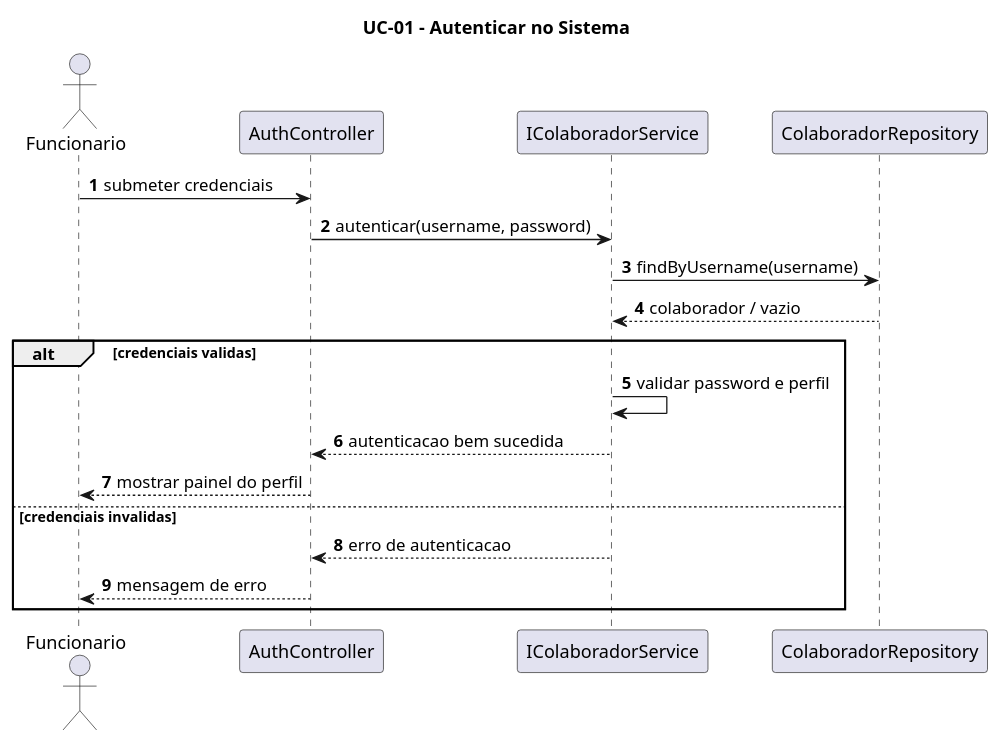
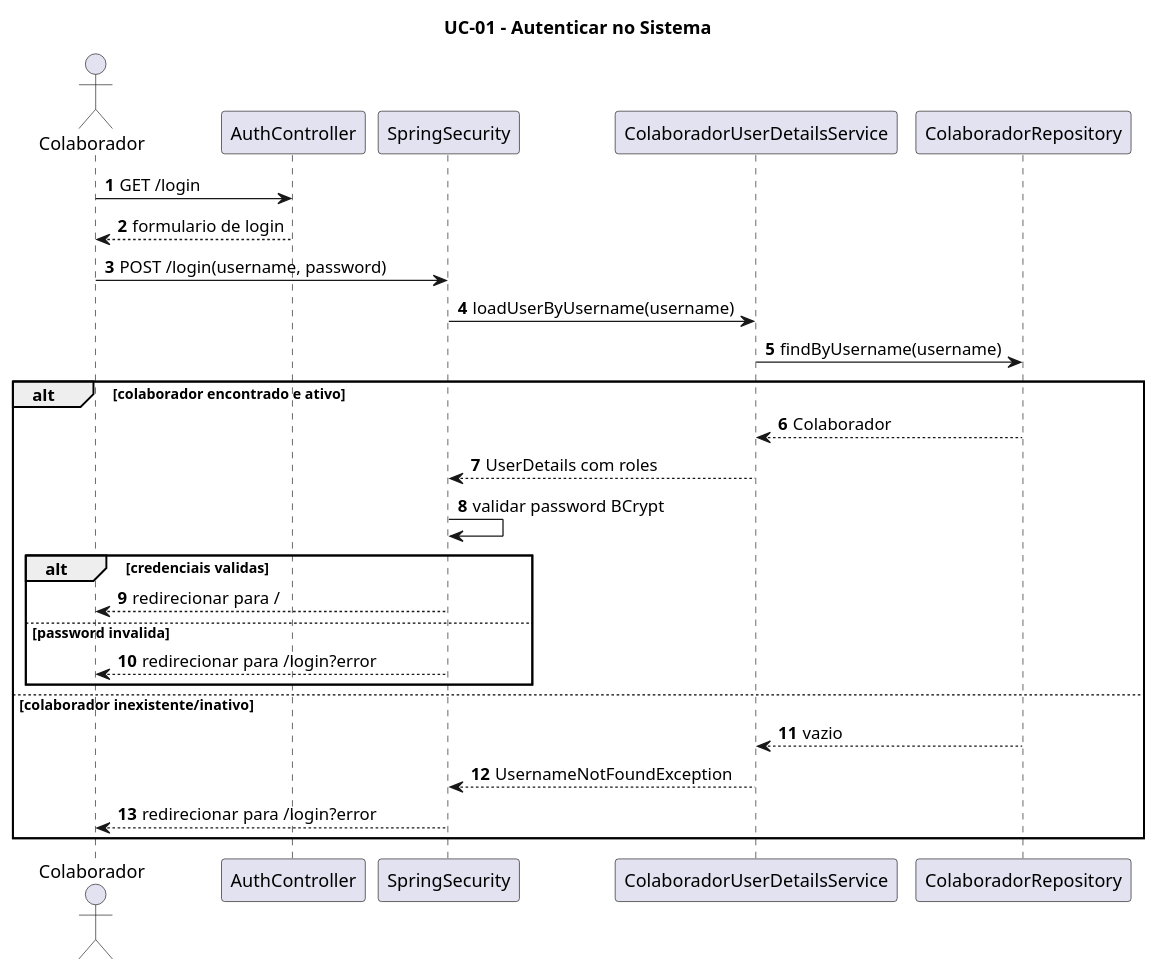
The diagram in docs/Etapa2/03-seq-diagrams/UC-01.puml (beatriz0freitas/LI4-G08), drawn with PlantUML before and after one commit. The commit also changed 50 other files, not shown here.

Commit message:
fix: adaptacao e melhroia de use case, diagramas de sequencia e requsiitos

```diff
--- a/docs/Etapa2/03-seq-diagrams/UC-01.puml
+++ b/docs/Etapa2/03-seq-diagrams/UC-01.puml
@@ -1,24 +1,32 @@
 @startuml UC-01
 title UC-01 - Autenticar no Sistema
 
 autonumber
-actor Funcionario
+actor Colaborador
 participant AuthController
-participant IColaboradorService
+participant SpringSecurity
+participant ColaboradorUserDetailsService
 participant ColaboradorRepository
 
-Funcionario -> AuthController : submeter credenciais
-AuthController -> IColaboradorService : autenticar(username, password)
-IColaboradorService -> ColaboradorRepository : findByUsername(username)
-ColaboradorRepository --> IColaboradorService : colaborador / vazio
+Colaborador -> AuthController : GET /login
+AuthController --> Colaborador : formulario de login
+Colaborador -> SpringSecurity : POST /login(username, password)
+SpringSecurity -> ColaboradorUserDetailsService : loadUserByUsername(username)
+ColaboradorUserDetailsService -> ColaboradorRepository : findByUsername(username)
 
-alt credenciais validas
-  IColaboradorService -> IColaboradorService : validar password e perfil
-  IColaboradorService --> AuthController : autenticacao bem sucedida
-  AuthController --> Funcionario : mostrar painel do perfil
-else credenciais invalidas
-  IColaboradorService --> AuthController : erro de autenticacao
-  AuthController --> Funcionario : mensagem de erro
+alt colaborador encontrado e ativo
+  ColaboradorRepository --> ColaboradorUserDetailsService : Colaborador
+  ColaboradorUserDetailsService --> SpringSecurity : UserDetails com roles
+  SpringSecurity -> SpringSecurity : validar password BCrypt
+  alt credenciais validas
+    SpringSecurity --> Colaborador : redirecionar para /
+  else password invalida
+    SpringSecurity --> Colaborador : redirecionar para /login?error
+  end
+else colaborador inexistente/inativo
+  ColaboradorRepository --> ColaboradorUserDetailsService : vazio
+  ColaboradorUserDetailsService --> SpringSecurity : UsernameNotFoundException
+  SpringSecurity --> Colaborador : redirecionar para /login?error
 end
 
 @enduml
```
